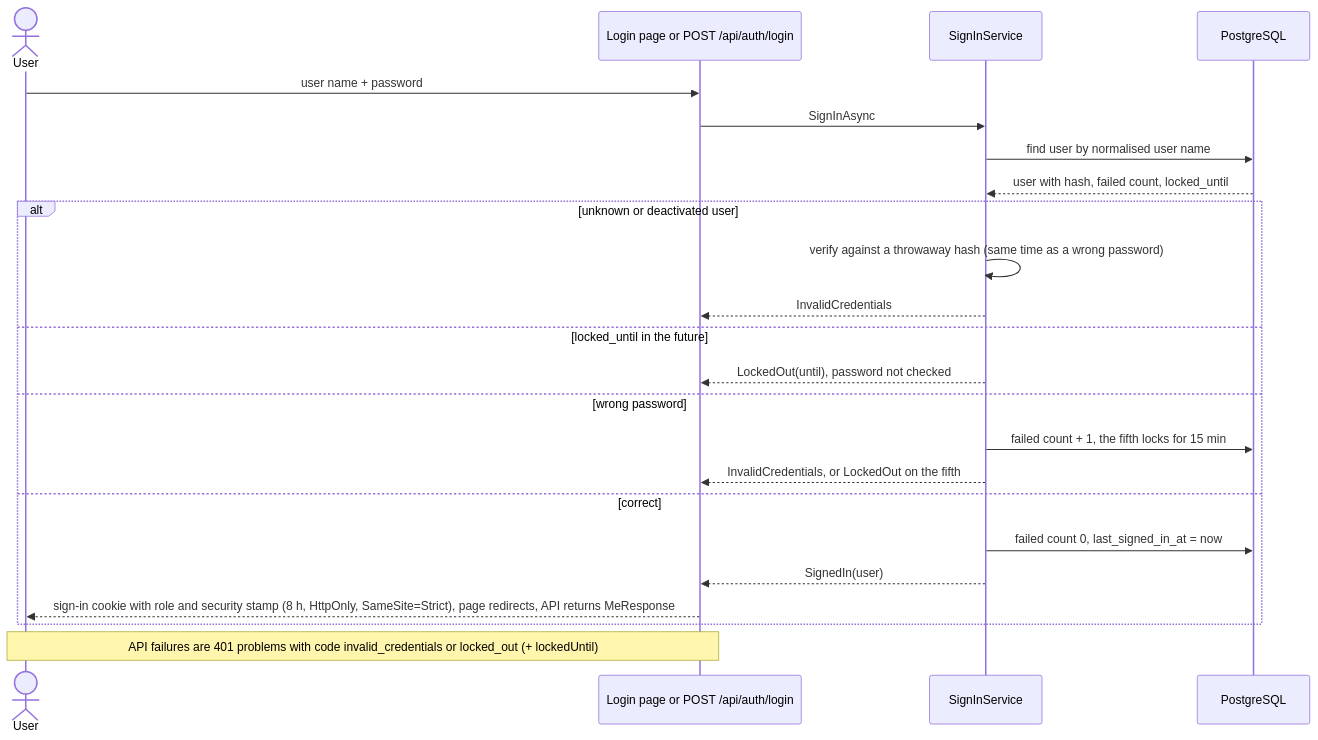
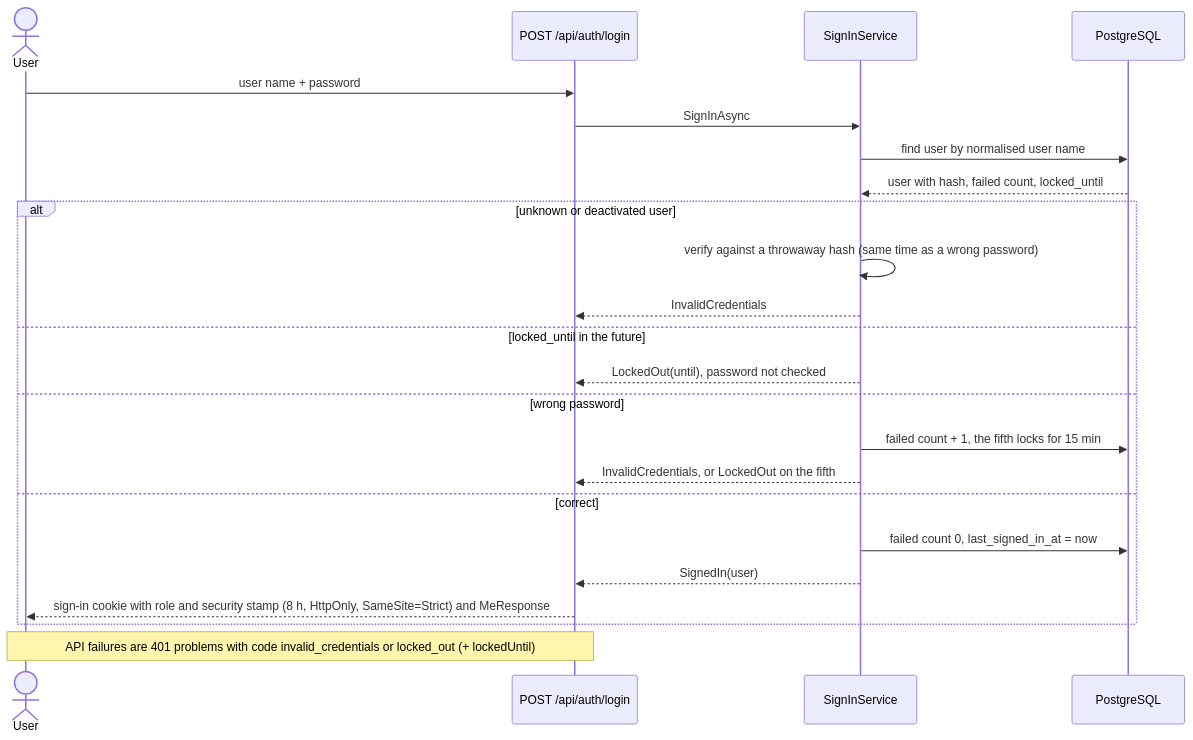
Before and after one commit to dejan3dejan/credit-scoring-dss: the first of 9 diagrams in architecture/07-flows.md, drawn with Mermaid. The commit also changed other lines of this file and 1 other file, not shown here.

Commit message:
Update the flow and access diagrams for the SPA-only app and the client lookup

````diff
--- a/architecture/07-flows.md
+++ b/architecture/07-flows.md
@@ -7,25 +7,25 @@
 ```mermaid
 sequenceDiagram
     actor U as User
-    participant L as Login page or POST /api/auth/login
+    participant L as POST /api/auth/login
     participant S as SignInService
     participant DB as PostgreSQL
     U->>L: user name + password
     L->>S: SignInAsync
     S->>DB: find user by normalised user name
     DB-->>S: user with hash, failed count, locked_until
     alt unknown or deactivated user
         S->>S: verify against a throwaway hash (same time as a wrong password)
         S-->>L: InvalidCredentials
     else locked_until in the future
         S-->>L: LockedOut(until), password not checked
     else wrong password
         S->>DB: failed count + 1, the fifth locks for 15 min
         S-->>L: InvalidCredentials, or LockedOut on the fifth
     else correct
         S->>DB: failed count 0, last_signed_in_at = now
         S-->>L: SignedIn(user)
-        L-->>U: sign-in cookie with role and security stamp (8 h, HttpOnly, SameSite=Strict), page redirects, API returns MeResponse
+        L-->>U: sign-in cookie with role and security stamp (8 h, HttpOnly, SameSite=Strict) and MeResponse
     end
     Note over U,L: API failures are 401 problems with code invalid_credentials or locked_out (+ lockedUntil)
 ```
````
